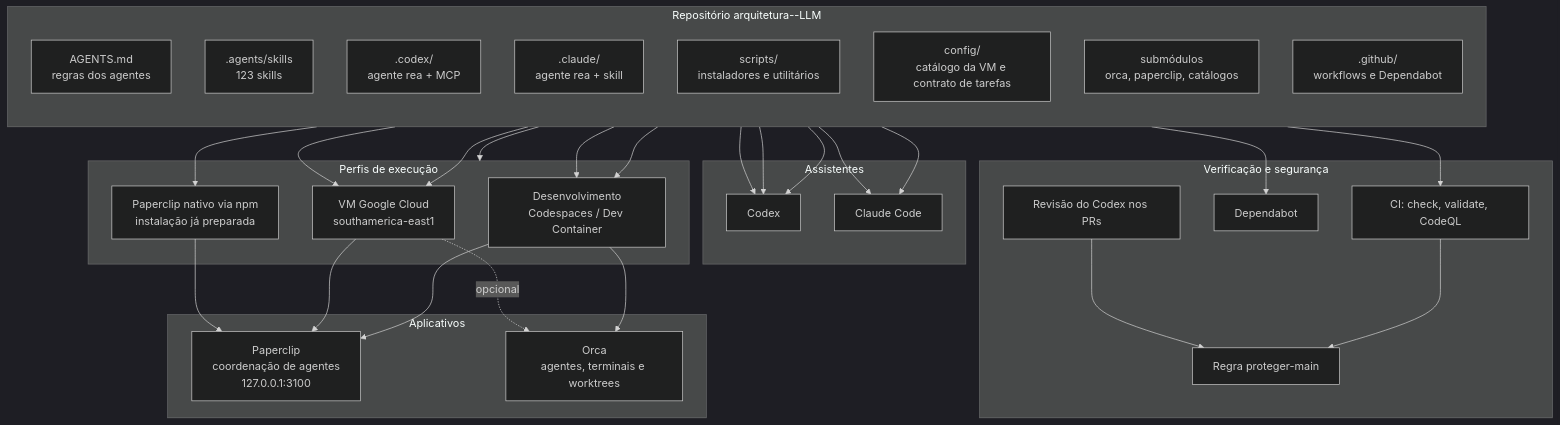
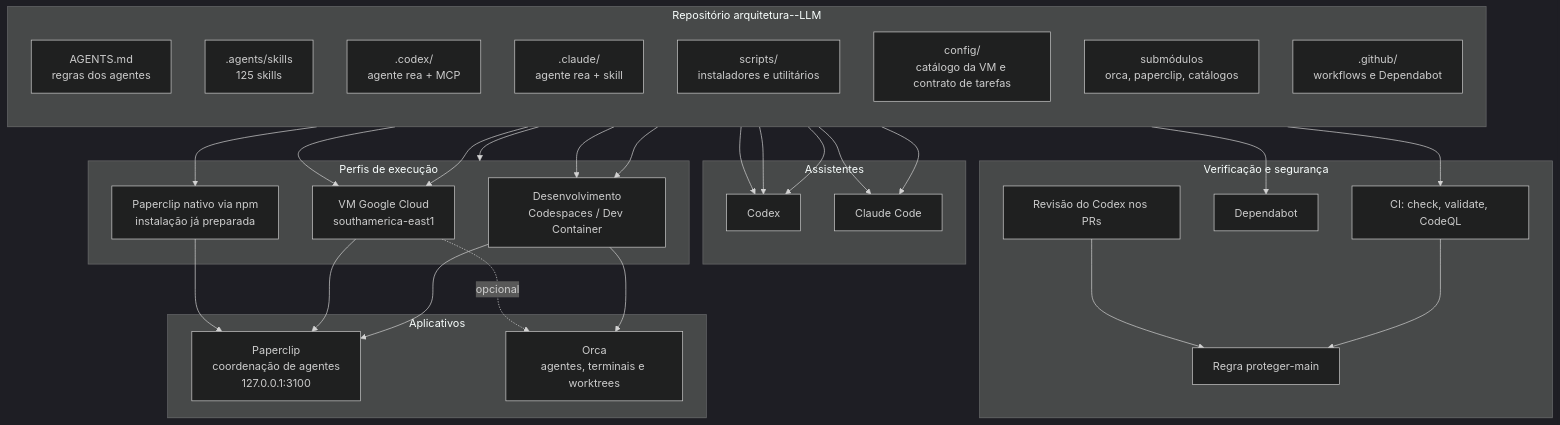
One commit to mesquitafelipe571-ai/arquitetura--LLM changed the first of 8 diagrams in docs/ARQUITETURA.md. Above: the diagram before and after it, drawn with Mermaid (dark theme). The commit also changed other lines of this file and 12 other files, not shown here.

````diff
--- a/docs/ARQUITETURA.md
+++ b/docs/ARQUITETURA.md
@@ -11,58 +11,58 @@
 ```mermaid
 flowchart TB
     subgraph REPO["Repositório arquitetura--LLM"]
         direction TB
         AG["AGENTS.md<br/>regras dos agentes"]
-        SK[".agents/skills<br/>123 skills"]
+        SK[".agents/skills<br/>125 skills"]
         CX[".codex/<br/>agente rea + MCP"]
         CL[".claude/<br/>agente rea + skill"]
         SC["scripts/<br/>instaladores e utilitários"]
         CF["config/<br/>catálogo da VM e contrato de tarefas"]
         SM["submódulos<br/>orca, paperclip, catálogos"]
         GH[".github/<br/>workflows e Dependabot"]
     end
 
     subgraph PERFIS["Perfis de execução"]
         DEV["Desenvolvimento<br/>Codespaces / Dev Container"]
         VM["VM Google Cloud<br/>southamerica-east1"]
         NAT["Paperclip nativo via npm<br/>instalação já preparada"]
     end
 
     subgraph ASSIST["Assistentes"]
         CODEX["Codex"]
         CLAUDE["Claude Code"]
     end
 
     subgraph APPS["Aplicativos"]
         PC["Paperclip<br/>coordenação de agentes<br/>127.0.0.1:3100"]
         OR["Orca<br/>agentes, terminais e worktrees"]
     end
 
     subgraph SEC["Verificação e segurança"]
         CI["CI: check, validate, CodeQL"]
         DB["Dependabot"]
         RS["Regra proteger-main"]
         RV["Revisão do Codex nos PRs"]
     end
 
     REPO --> PERFIS
     SM --> DEV
     SC --> DEV
     SC --> VM
     CF --> VM
     SC --> NAT
     DEV --> PC
     DEV --> OR
     VM --> PC
     VM -.->|opcional| OR
     NAT --> PC
     AG --> CODEX
     AG --> CLAUDE
     SK --> CODEX
     CX --> CODEX
     CL --> CLAUDE
     GH --> CI
     GH --> DB
     CI --> RS
     RV --> RS
 ```
````
